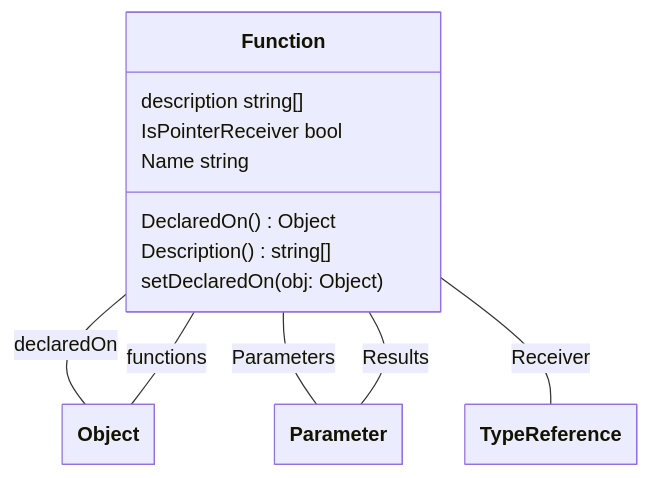
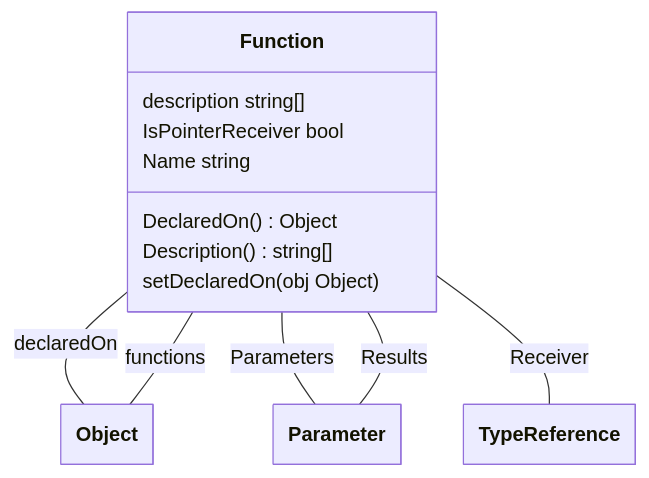
One commit to theunrepentantgeek/crddoc changed the third of 17 diagrams in docs/model/model.md. Above: the diagram before and after it, drawn with Mermaid. The commit also changed other lines of this file, not shown here.

````diff
--- a/docs/model/model.md
+++ b/docs/model/model.md
@@ -144,33 +144,33 @@
 ```mermaid
 ---
   config:
     class:
       hideEmptyMembersBox: true
 ---
 classDiagram
 
 class Function["Function"]{  
       description string[]  
       IsPointerReceiver bool  
       Name string  
       DeclaredOn()Object  
       Description()string[]  
-      setDeclaredOn(obj: Object)
+      setDeclaredOn(obj Object)
 
 
 } 
 
 Object -- Function : functions 
 
 Function -- Object : declaredOn 
 Function -- Parameter : Parameters 
 Function -- TypeReference : Receiver 
 Function -- Parameter : Results 
 
 class Object["Object"]
 class Object["Object"]
 class Parameter["Parameter"]
 class TypeReference["TypeReference"]
 class Parameter["Parameter"]
 
 ```
````
